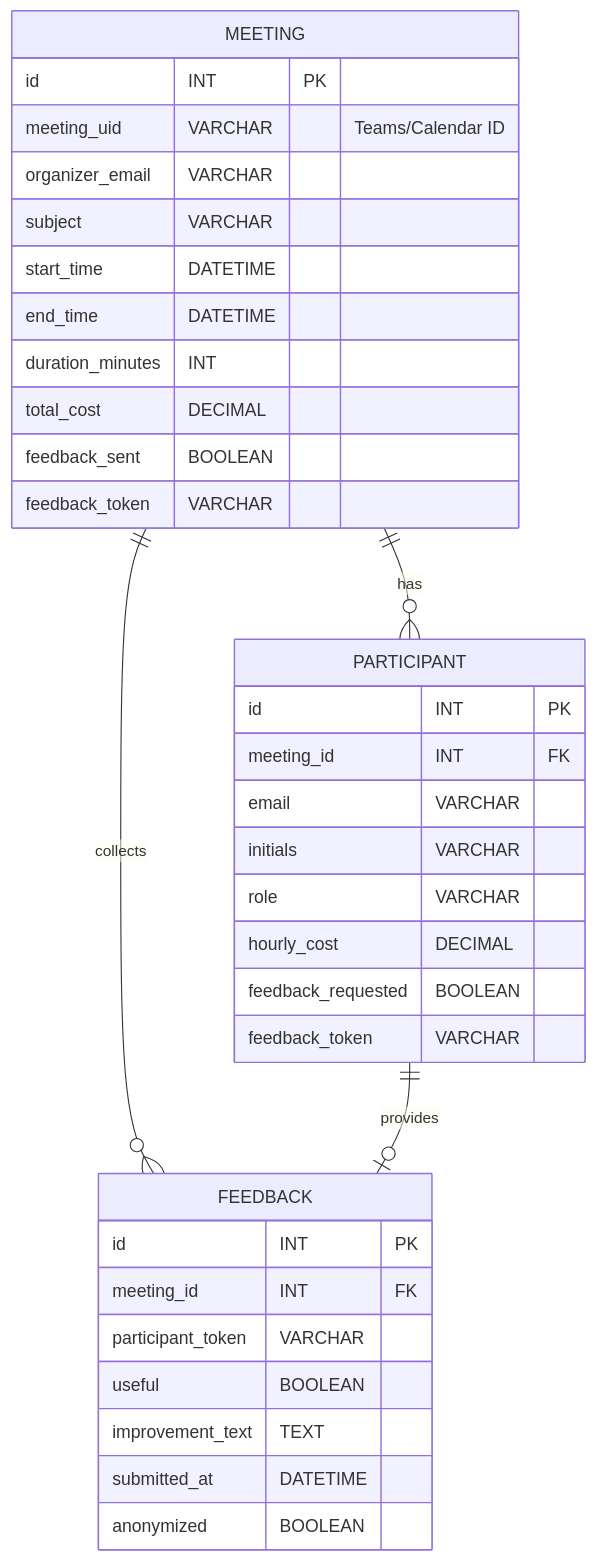
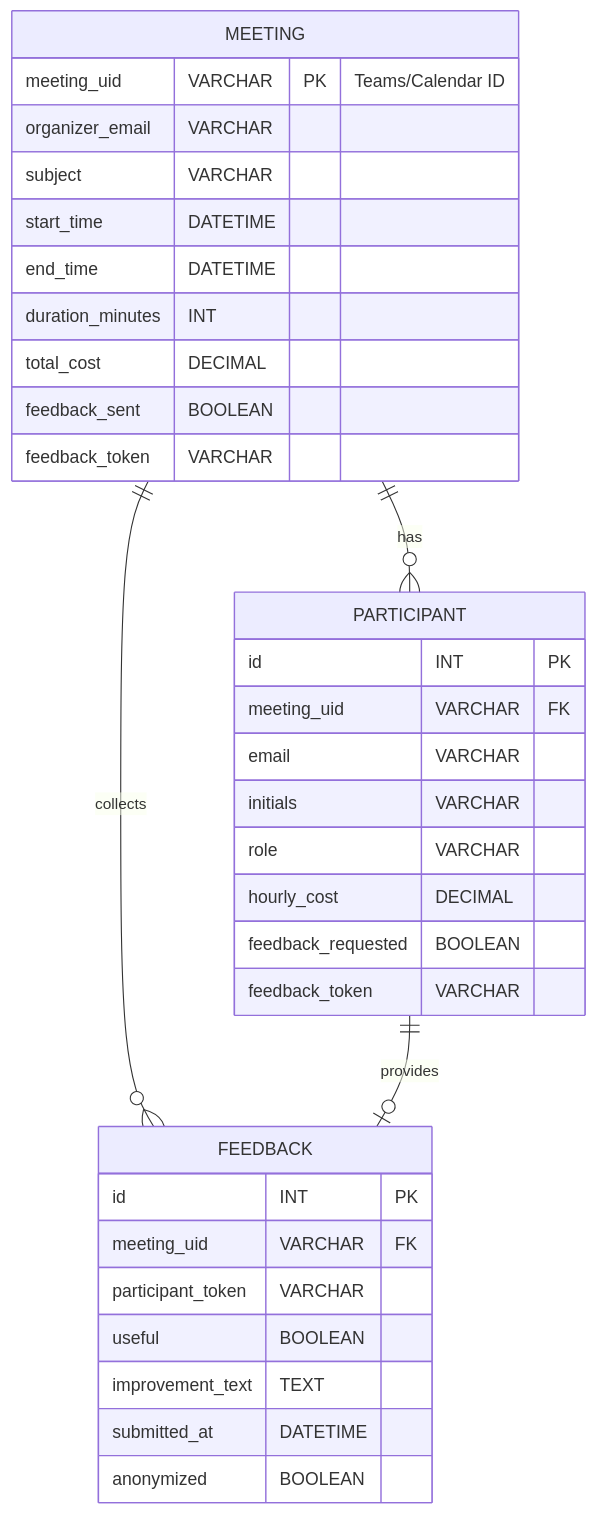
Before and after one commit to Morsianeren/meeting-calculator-bot: the diagram in doc/database-structure.md, drawn with Mermaid. The commit also changed 4 other files, not shown here.

````diff
--- a/doc/database-structure.md
+++ b/doc/database-structure.md
@@ -3,37 +3,36 @@
 ```mermaid
 erDiagram
     MEETING {
-        id INT PK
-        meeting_uid VARCHAR "Teams/Calendar ID"
+        meeting_uid VARCHAR PK "Teams/Calendar ID"
         organizer_email VARCHAR
         subject VARCHAR
         start_time DATETIME
         end_time DATETIME
         duration_minutes INT
         total_cost DECIMAL
         feedback_sent BOOLEAN
         feedback_token VARCHAR
     }
     PARTICIPANT {
         id INT PK
-        meeting_id INT FK
+        meeting_uid VARCHAR FK
         email VARCHAR
         initials VARCHAR
         role VARCHAR
         hourly_cost DECIMAL
         feedback_requested BOOLEAN
         feedback_token VARCHAR
     }
     FEEDBACK {
         id INT PK
-        meeting_id INT FK
+        meeting_uid VARCHAR FK
         participant_token VARCHAR
         useful BOOLEAN
         improvement_text TEXT
         submitted_at DATETIME
         anonymized BOOLEAN
     }
     MEETING ||--o{ PARTICIPANT : has
     MEETING ||--o{ FEEDBACK : collects
     PARTICIPANT ||--o| FEEDBACK : provides
 ```
````
